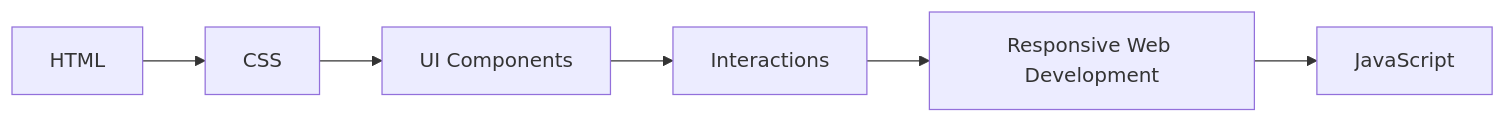
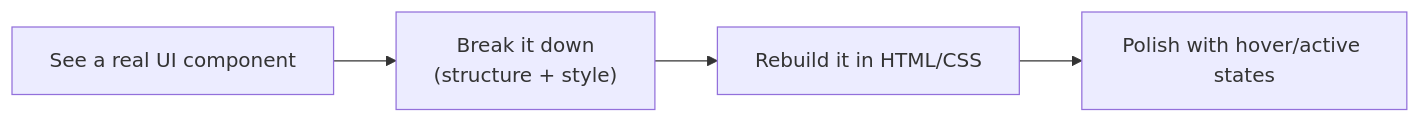
Before and after one commit to Betha-hemanth/HTML-and-CSS: the ninth of 9 diagrams in README.md, drawn with Mermaid. The commit also changed other lines of this file and 20 other files, not shown here.

````diff
--- a/README.md
+++ b/README.md
@@ -448,8 +239,4 @@
 ```mermaid
 flowchart LR
-    A["HTML"] --> B["CSS"]
-    B --> C["UI Components"]
-    C --> D["Interactions"]
-    D --> E["Responsive Web Development"]
-    E --> F["JavaScript"]
+    See["See a real UI component"] --> Break["Break it down\n(structure + style)"] --> Rebuild["Rebuild it in HTML/CSS"] --> Polish["Polish with hover/active states"]
 ```
````
